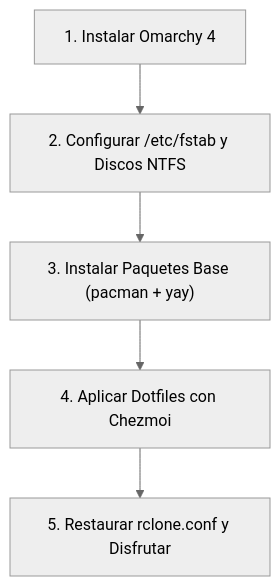
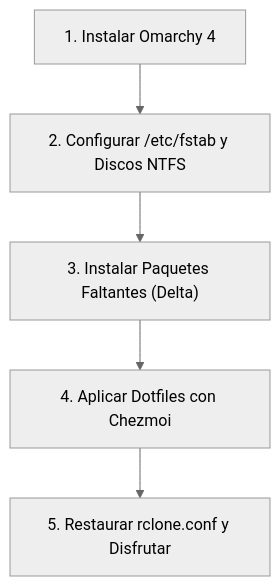
The diagram in README.md (lumusitech/dotfiles), drawn with Mermaid (neutral theme) before and after one commit. The commit also changed other lines of this file, not shown here.

Commit message:
docs: aclarar paquetes preinstalados de omarchy vs delta real e idempotencia

````diff
--- a/README.md
+++ b/README.md
@@ -91,7 +59,7 @@
 ```mermaid
 flowchart TD
     A["1. Instalar Omarchy 4"] --> B["2. Configurar /etc/fstab y Discos NTFS"]
-    B --> C["3. Instalar Paquetes Base (pacman + yay)"]
+    B --> C["3. Instalar Paquetes Faltantes (Delta)"]
     C --> D["4. Aplicar Dotfiles con Chezmoi"]
     D --> E["5. Restaurar rclone.conf y Disfrutar"]
 ```
````
